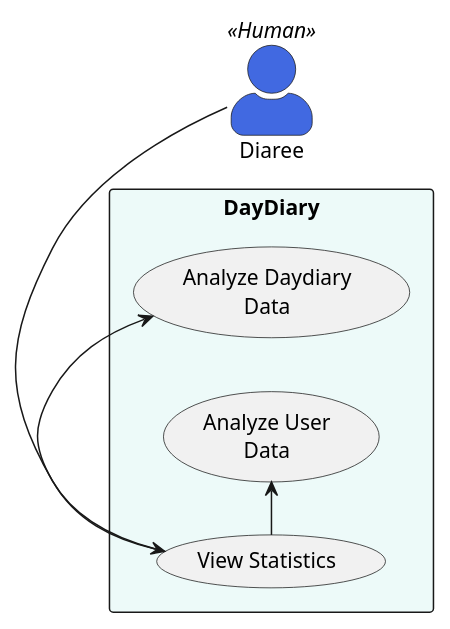
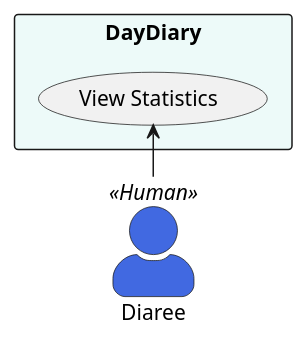
Before and after one commit to gabrijelokorn/daydiary: the third of 3 diagrams in docs/requirements-gathering/usecase.puml, drawn with PlantUML. The commit also changed other lines of this file and 1 other file, not shown here.

```diff
--- a/docs/requirements-gathering/usecase.puml
+++ b/docs/requirements-gathering/usecase.puml
@@ -134,19 +70,13 @@
 @startuml
 left to right direction
 skinparam actorStyle awesome
 
 actor Diaree <<Human>> #royalblue
 
 rectangle DayDiary #edfaf9 {
   usecase viewStats as "View Statistics"
-  usecase analyzeText as "Analyze Daydiary\nData"
-  usecase analyzeUser as "Analyze User\nData"
 
 }
 
-viewStats -> analyzeText
-viewStats -> analyzeUser
-
 Diaree -> viewStats
-
 @enduml
```
